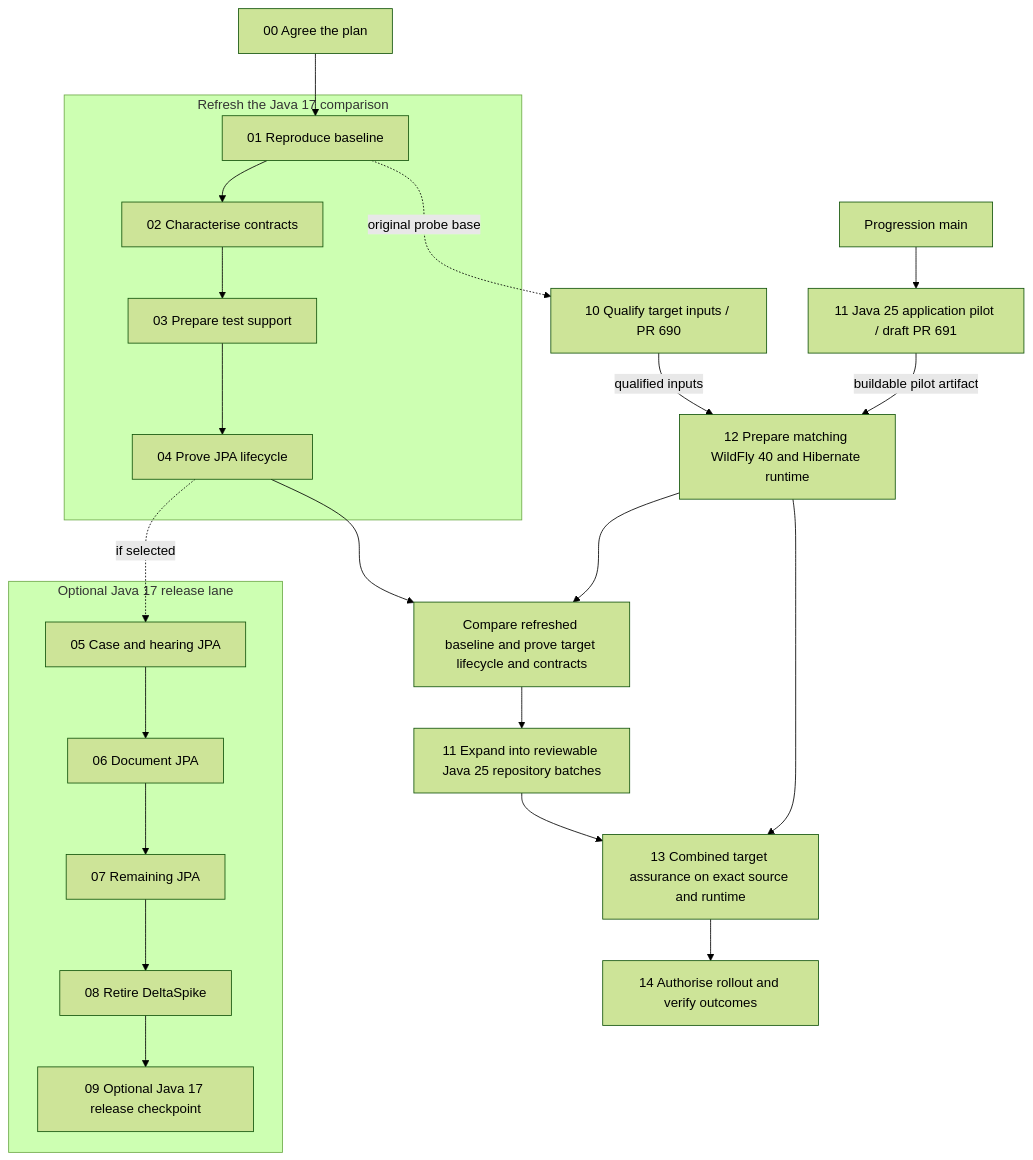
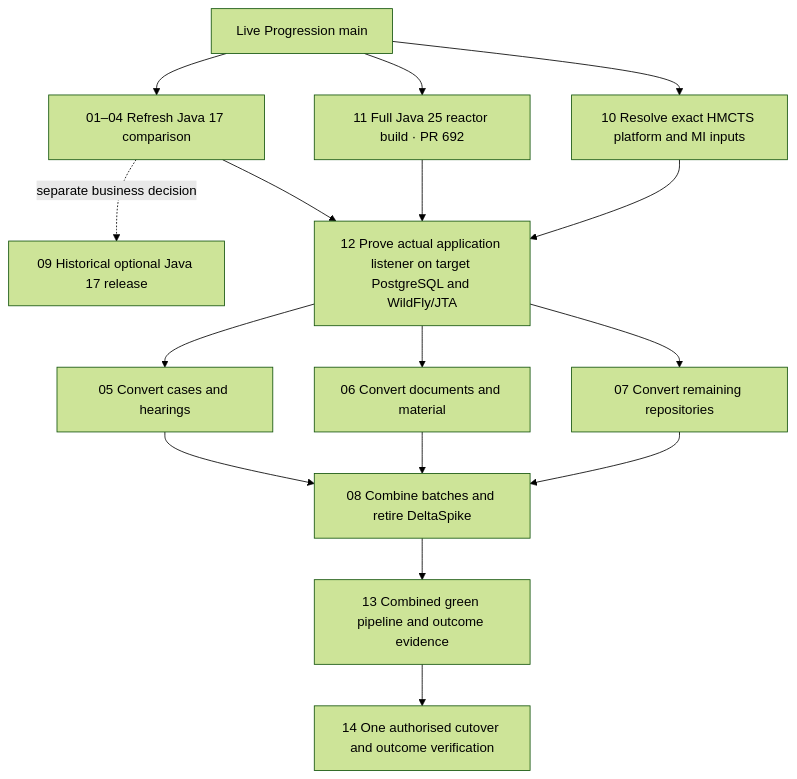
One commit to hmcts/cpp-context-progression changed the diagram in docs/java17-first-migration/roadmap.md. Above: the diagram before and after it, drawn with Mermaid (forest theme). The commit also changed other lines of this file and 7 other files, not shown here.

Commit message:
docs(migration): publish the Java 25 first roadmap and build evidence

````diff
--- a/docs/java17-first-migration/roadmap.md
+++ b/docs/java17-first-migration/roadmap.md
@@ -5,21 +5,18 @@
 ```mermaid
 flowchart TB
-    P00["00 Agree the plan"] --> S01
-    subgraph BASE[Refresh the Java 17 comparison]
-      S01["01 Reproduce baseline"] --> S02["02 Characterise contracts"] --> S03["03 Prepare test support"] --> S04["04 Prove JPA lifecycle"]
-    end
-    subgraph OPTIONAL[Optional Java 17 release lane]
-      S05["05 Case and hearing JPA"] --> S06["06 Document JPA"] --> S07["07 Remaining JPA"] --> S08["08 Retire DeltaSpike"] --> S09["09 Optional Java 17 release checkpoint"]
-    end
-    S04 -. if selected .-> S05
-    S01 -. original probe base .-> S10["10 Qualify target inputs / PR 690"]
-    MAIN["Progression main"] --> S11["11 Java 25 application pilot / draft PR 691"]
-    S10 -->|qualified inputs| S12["12 Prepare matching WildFly 40 and Hibernate runtime"]
-    S11 -->|buildable pilot artifact| S12
-    S04 --> G["Compare refreshed baseline and prove target lifecycle and contracts"]
-    S12 --> G
-    G --> B["11 Expand into reviewable Java 25 repository batches"]
-    B --> S13["13 Combined target assurance on exact source and runtime"]
-    S12 --> S13
-    S13 --> S14["14 Authorise rollout and verify outcomes"]
+    MAIN["Live Progression main"] --> B["11 Full Java 25 reactor build · PR 692"]
+    MAIN --> A["01–04 Refresh Java 17 comparison"]
+    MAIN --> P["10 Resolve exact HMCTS platform and MI inputs"]
+    A -. separate business decision .-> O["09 Historical optional Java 17 release"]
+    A --> L["12 Prove actual application listener on target PostgreSQL and WildFly/JTA"]
+    B --> L
+    P --> L
+    L --> C["05 Convert cases and hearings"]
+    L --> D["06 Convert documents and material"]
+    L --> R["07 Convert remaining repositories"]
+    C --> I["08 Combine batches and retire DeltaSpike"]
+    D --> I
+    R --> I
+    I --> G["13 Combined green pipeline and outcome evidence"]
+    G --> X["14 One authorised cutover and outcome verification"]
 ```
````
